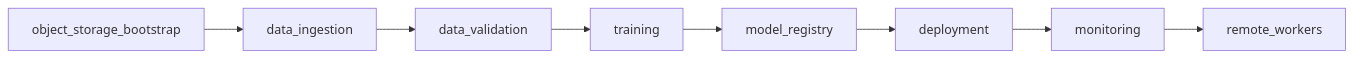
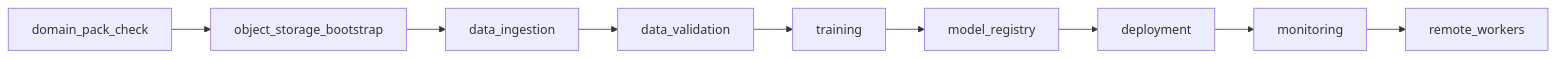
Before and after one commit to ruma0236/ML_ServeAPI: the diagram in enterprise-vision-mlops/docs/pipelines/00_pipeline_overview.md, drawn with Mermaid. The commit also changed other lines of this file and 73 other files, not shown here.

````diff
--- a/enterprise-vision-mlops/docs/pipelines/00_pipeline_overview.md
+++ b/enterprise-vision-mlops/docs/pipelines/00_pipeline_overview.md
@@ -9,10 +9,11 @@
 ```mermaid
 flowchart LR
-    S["object_storage_bootstrap"] --> A["data_ingestion"]
+    P["domain_pack_check"] --> S["object_storage_bootstrap"]
+    S --> A["data_ingestion"]
     A --> B["data_validation"]
     B --> C["training"]
     C --> D["model_registry"]
     D --> E["deployment"]
     E --> F["monitoring"]
     F --> G["remote_workers"]
 ```
````
